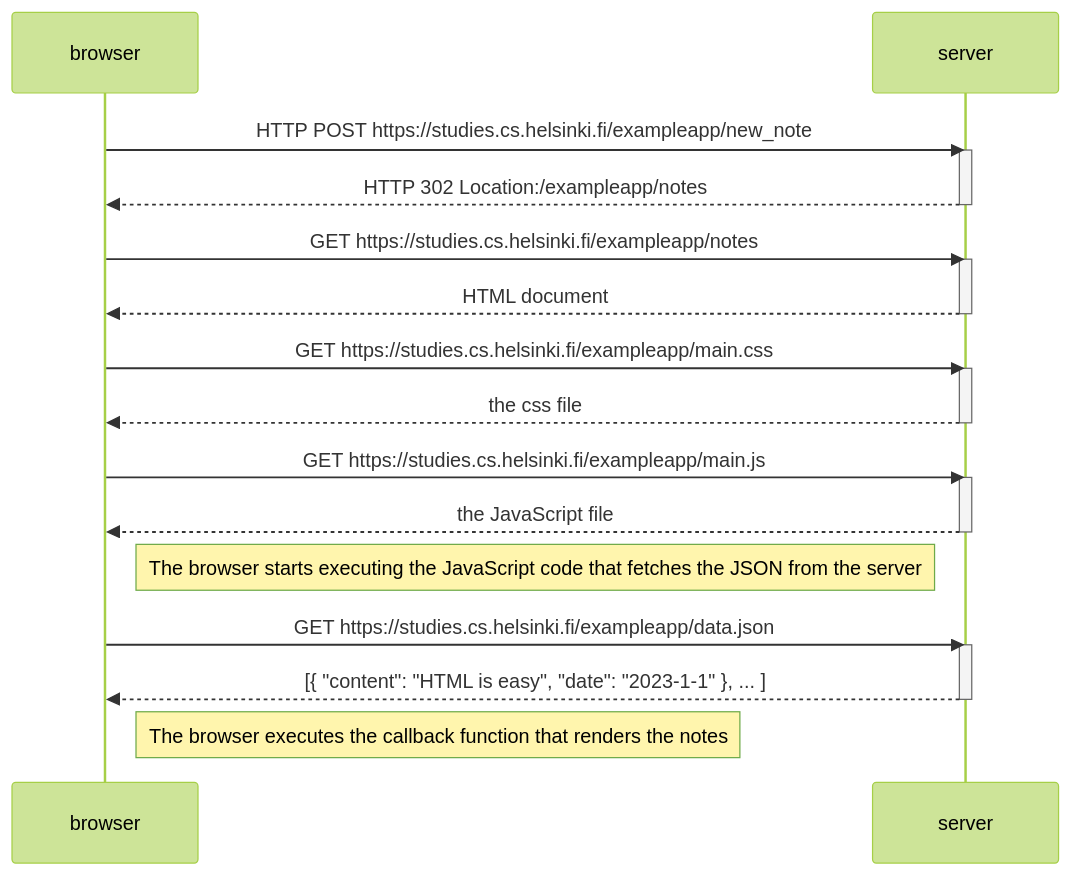
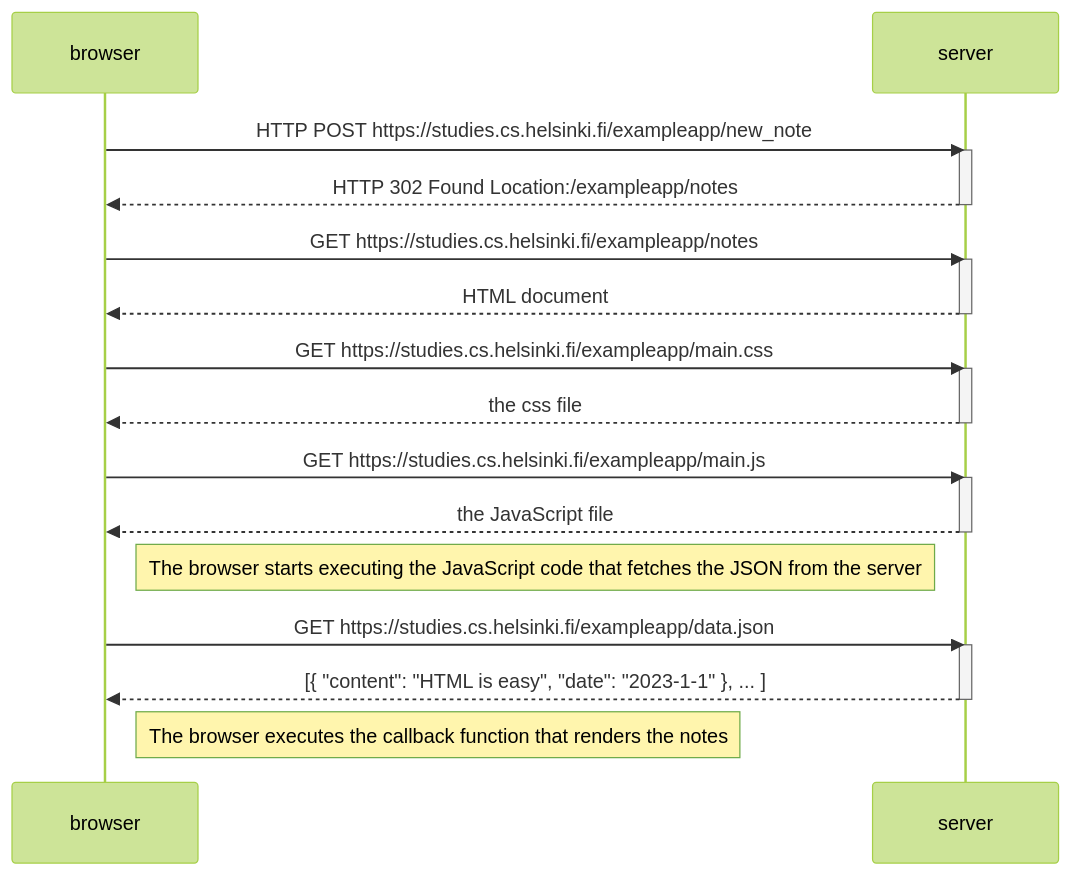
Before and after one commit to sebascasta14/full-stack-open-2023: the diagram in part0/newnotediagram.md, drawn with Mermaid (forest theme).

````diff
--- a/part0/newnotediagram.md
+++ b/part0/newnotediagram.md
@@ -1,36 +1,36 @@
 ```mermaid
 sequenceDiagram
     participant browser
     participant server
 
 
     browser->>server: HTTP POST https://studies.cs.helsinki.fi/exampleapp/new_note
 
     activate server
-    server-->>browser: HTTP 302 Location:/exampleapp/notes
+    server-->>browser: HTTP 302 Found Location:/exampleapp/notes
     deactivate server
 
     browser->>server: GET https://studies.cs.helsinki.fi/exampleapp/notes
     activate server
     server-->>browser: HTML document
     deactivate server
 
     browser->>server: GET https://studies.cs.helsinki.fi/exampleapp/main.css
     activate server
     server-->>browser: the css file
     deactivate server
 
     browser->>server: GET https://studies.cs.helsinki.fi/exampleapp/main.js
     activate server
     server-->>browser: the JavaScript file
     deactivate server
 
     Note right of browser: The browser starts executing the JavaScript code that fetches the JSON from the server
 
     browser->>server: GET https://studies.cs.helsinki.fi/exampleapp/data.json
     activate server
     server-->>browser: [{ "content": "HTML is easy", "date": "2023-1-1" }, ... ]
     deactivate server
 
     Note right of browser: The browser executes the callback function that renders the notes
 ```
````
